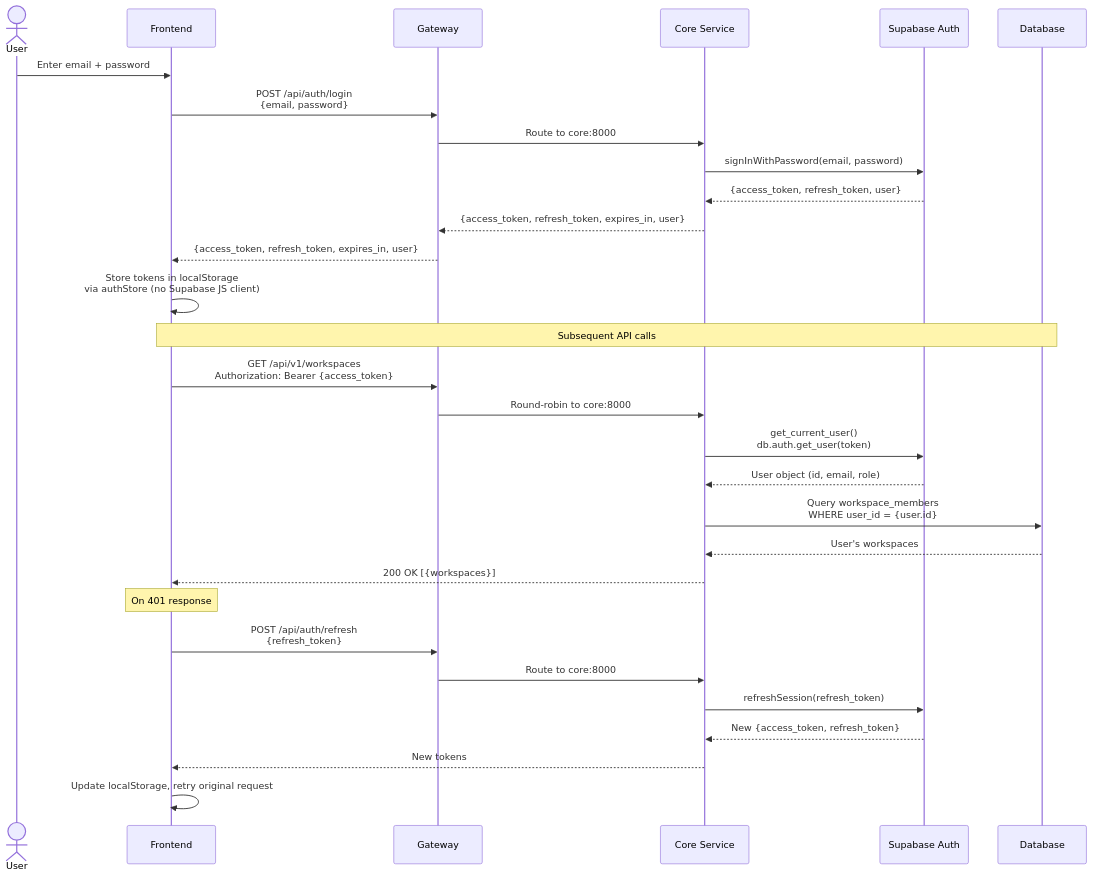
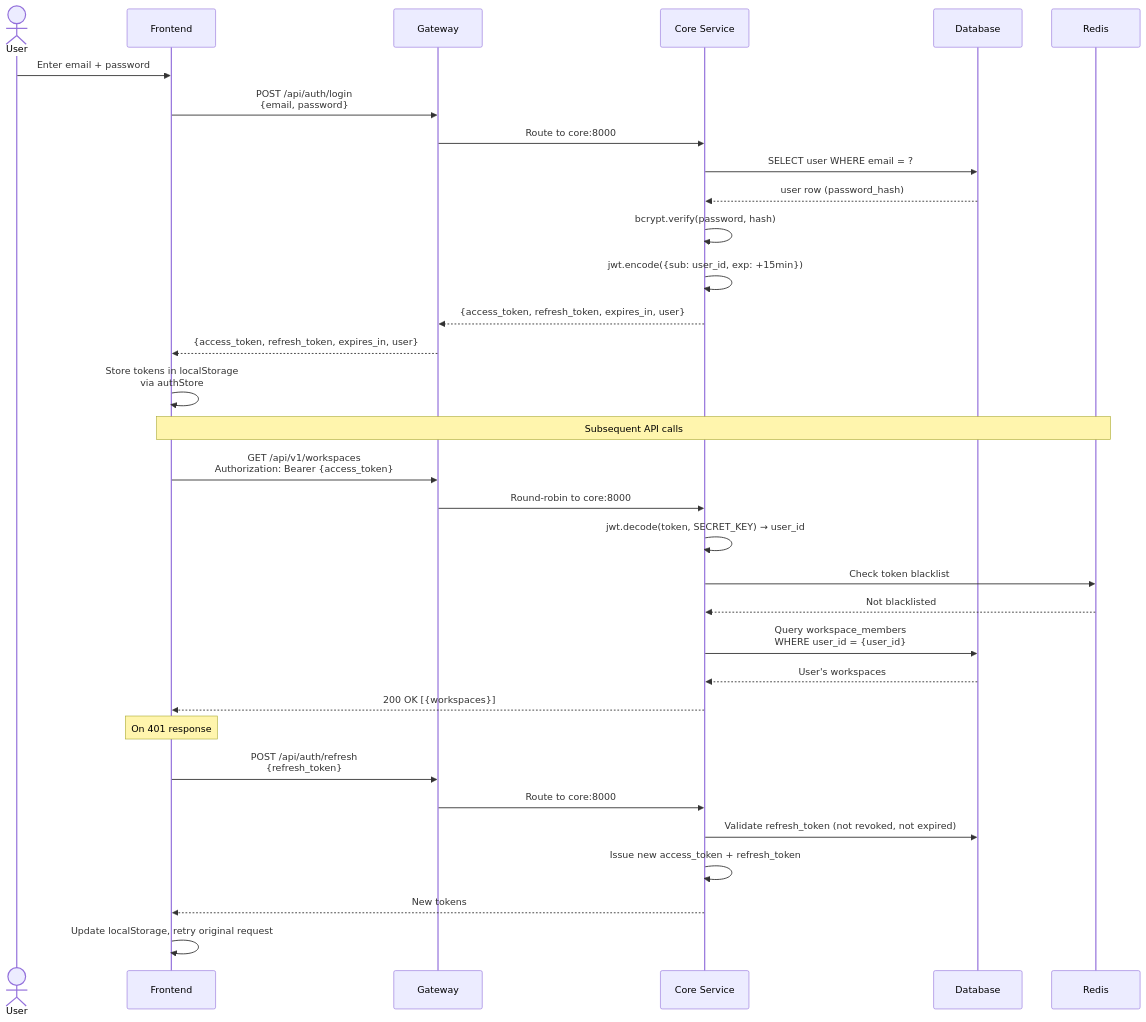
One commit to cvrvai/OPPM-AI-work-management-system changed the first of 7 diagrams in docs/FLOWCHARTS.md. Above: the diagram before and after it, drawn with Mermaid. The commit also changed other lines of this file and 7 other files, not shown here.

Commit message:
rename supabase.ts -> token.ts

````diff
--- a/docs/FLOWCHARTS.md
+++ b/docs/FLOWCHARTS.md
@@ -5,37 +5,40 @@
 ```mermaid
 sequenceDiagram
     actor User
     participant Frontend
     participant Gateway
     participant Core Service
-    participant Supabase Auth
     participant Database
+    participant Redis
 
     User->>Frontend: Enter email + password
     Frontend->>Gateway: POST /api/auth/login<br/>{email, password}
     Gateway->>Core Service: Route to core:8000
-    Core Service->>Supabase Auth: signInWithPassword(email, password)
-    Supabase Auth-->>Core Service: {access_token, refresh_token, user}
+    Core Service->>Database: SELECT user WHERE email = ?
+    Database-->>Core Service: user row (password_hash)
+    Core Service->>Core Service: bcrypt.verify(password, hash)
+    Core Service->>Core Service: jwt.encode({sub: user_id, exp: +15min})
     Core Service-->>Gateway: {access_token, refresh_token, expires_in, user}
     Gateway-->>Frontend: {access_token, refresh_token, expires_in, user}
-    Frontend->>Frontend: Store tokens in localStorage<br/>via authStore (no Supabase JS client)
+    Frontend->>Frontend: Store tokens in localStorage<br/>via authStore
 
-    Note over Frontend,Database: Subsequent API calls
+    Note over Frontend,Redis: Subsequent API calls
 
     Frontend->>Gateway: GET /api/v1/workspaces<br/>Authorization: Bearer {access_token}
     Gateway->>Core Service: Round-robin to core:8000
-    Core Service->>Supabase Auth: get_current_user()<br/>db.auth.get_user(token)
-    Supabase Auth-->>Core Service: User object (id, email, role)
-    Core Service->>Database: Query workspace_members<br/>WHERE user_id = {user.id}
+    Core Service->>Core Service: jwt.decode(token, SECRET_KEY) → user_id
+    Core Service->>Redis: Check token blacklist
+    Redis-->>Core Service: Not blacklisted
+    Core Service->>Database: Query workspace_members<br/>WHERE user_id = {user_id}
     Database-->>Core Service: User's workspaces
     Core Service-->>Frontend: 200 OK [{workspaces}]
 
     Note over Frontend: On 401 response
 
     Frontend->>Gateway: POST /api/auth/refresh<br/>{refresh_token}
     Gateway->>Core Service: Route to core:8000
-    Core Service->>Supabase Auth: refreshSession(refresh_token)
-    Supabase Auth-->>Core Service: New {access_token, refresh_token}
+    Core Service->>Database: Validate refresh_token (not revoked, not expired)
+    Core Service->>Core Service: Issue new access_token + refresh_token
     Core Service-->>Frontend: New tokens
     Frontend->>Frontend: Update localStorage, retry original request
 ```
````
